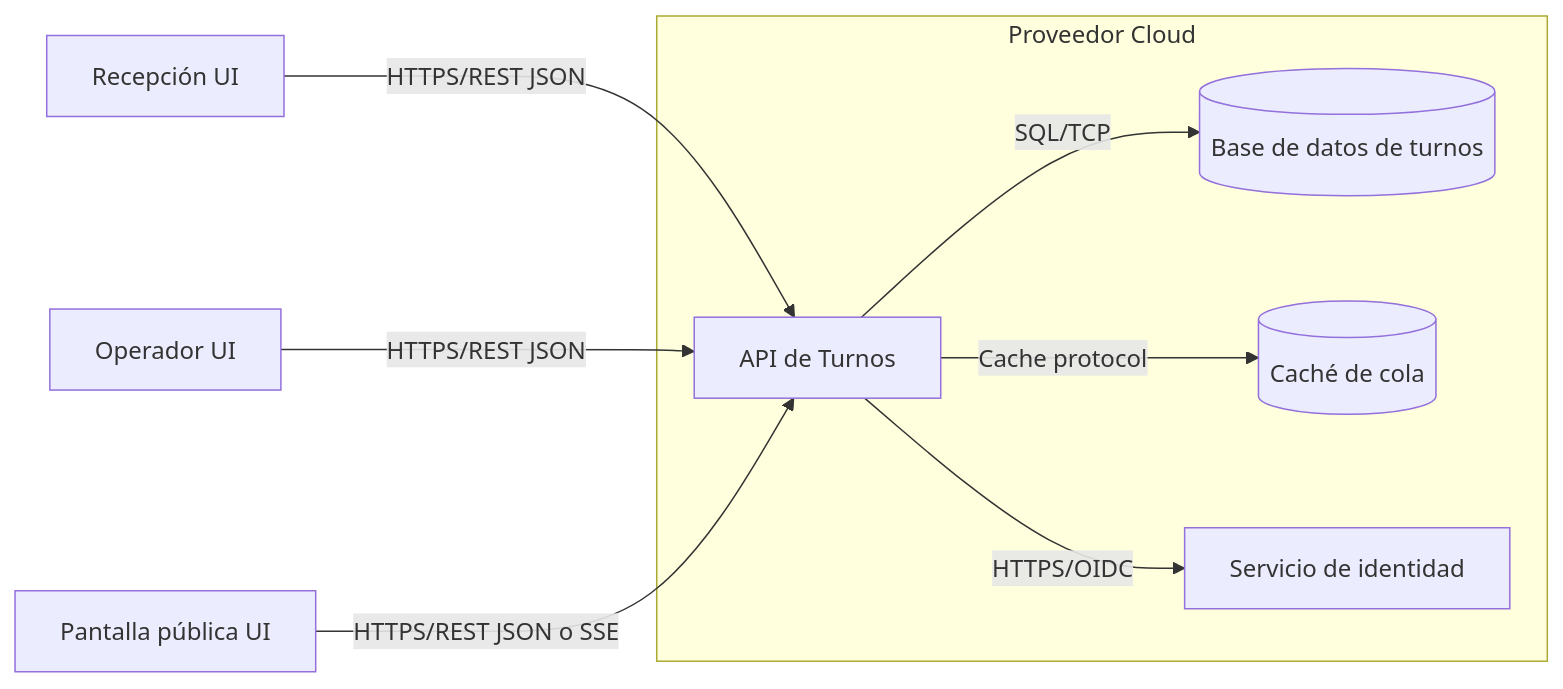
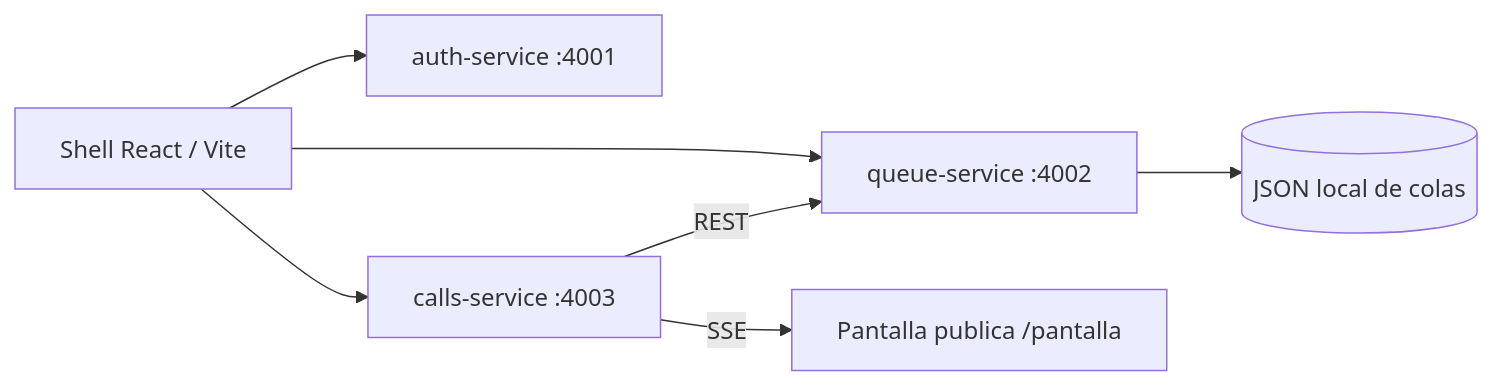
Before and after one commit to aaronblanco/cc-turnos-cprl: the diagram in README.md, drawn with Mermaid. The commit also changed other lines of this file, not shown here.

````diff
--- a/README.md
+++ b/README.md
@@ -26,17 +15,9 @@
 ```mermaid
 flowchart LR
-    R[Recepción UI] -->|HTTPS/REST JSON| API[API de Turnos]
-    O[Operador UI] -->|HTTPS/REST JSON| API
-    P[Pantalla pública UI] -->|HTTPS/REST JSON o SSE| API
-
-    API -->|SQL/TCP| DB[(Base de datos de turnos)]
-    API -->|Cache protocol| C[(Caché de cola)]
-    API -->|HTTPS/OIDC| IDP[Servicio de identidad]
-
-    subgraph Cloud_Provider[Proveedor Cloud]
-      API
-      DB
-      C
-      IDP
-    end
+  W[Shell React / Vite] --> A[auth-service :4001]
+  W --> Q[queue-service :4002]
+  W --> C[calls-service :4003]
+  C -->|REST| Q
+  C -->|SSE| P[Pantalla publica /pantalla]
+  Q --> D[(JSON local de colas)]
 ```
````
